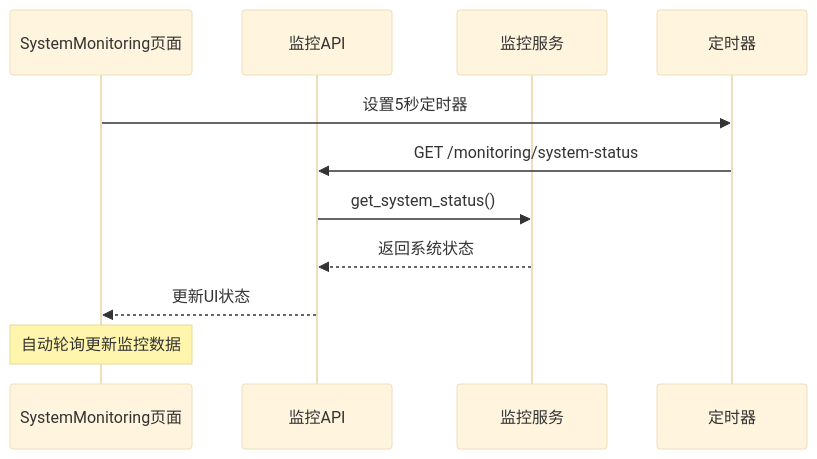
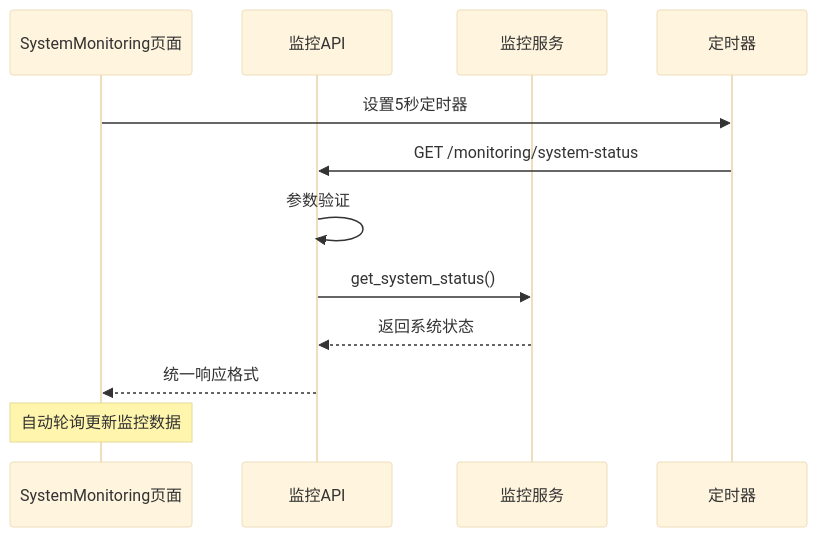
One commit to xfbyxq/ai-novel-system changed the eighth of 9 diagrams in .qoder/repowiki/zh/content/API接口文档/系统监控API.md. Above: the diagram before and after it, drawn with Mermaid (base theme). The commit also changed other lines of this file and 84 other files, not shown here.

````diff
--- a/.qoder/repowiki/zh/content/API接口文档/系统监控API.md
+++ b/.qoder/repowiki/zh/content/API接口文档/系统监控API.md
@@ -655,13 +690,14 @@
 ```mermaid
 sequenceDiagram
 participant Page as SystemMonitoring页面
 participant API as 监控API
 participant Service as 监控服务
 participant Timer as 定时器
 Page->>Timer : 设置5秒定时器
 Timer->>API : GET /monitoring/system-status
+API->>API : 参数验证
 API->>Service : get_system_status()
 Service-->>API : 返回系统状态
-API-->>Page : 更新UI状态
+API-->>Page : 统一响应格式
 Note over Page : 自动轮询更新监控数据
 ```
````
